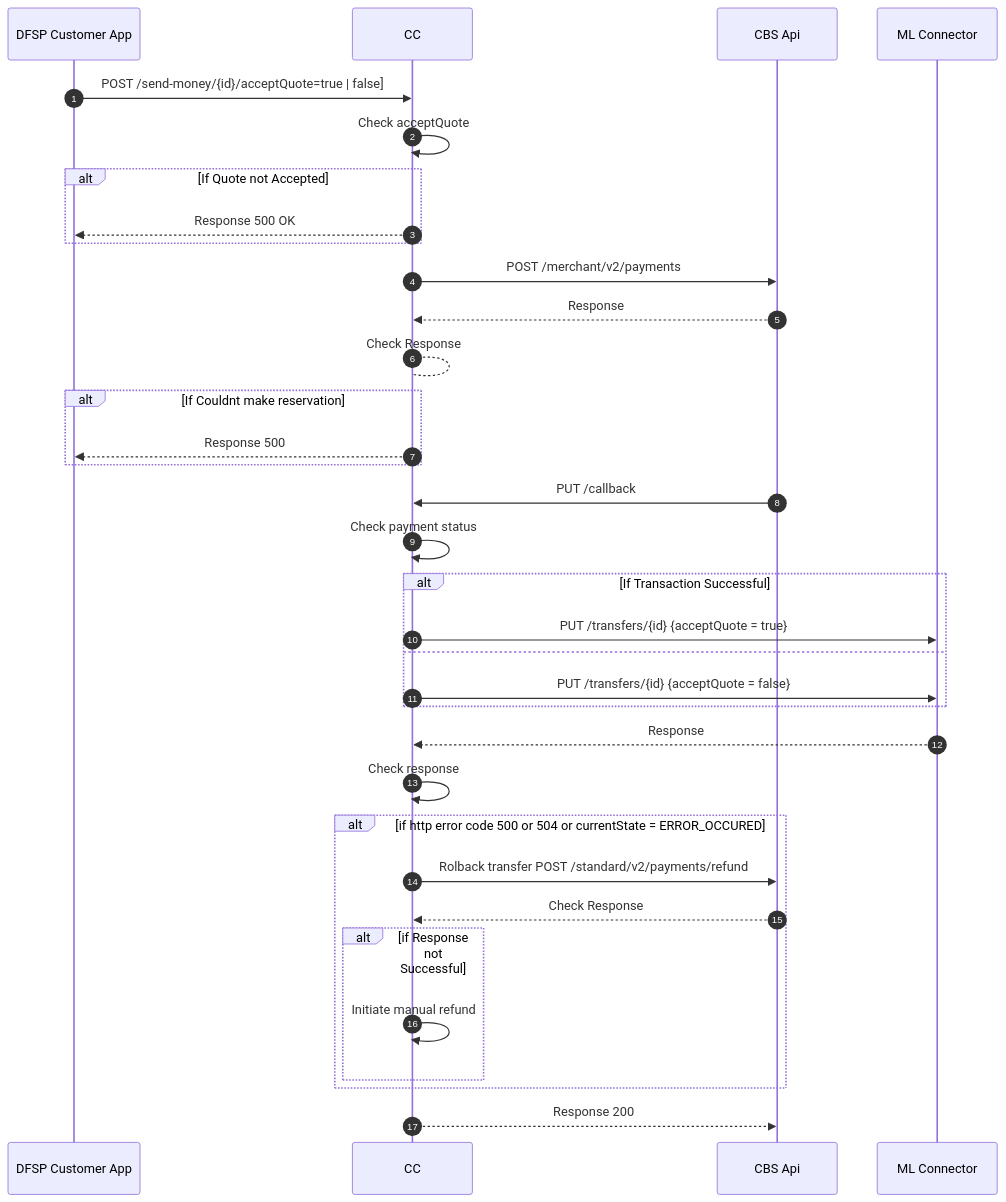
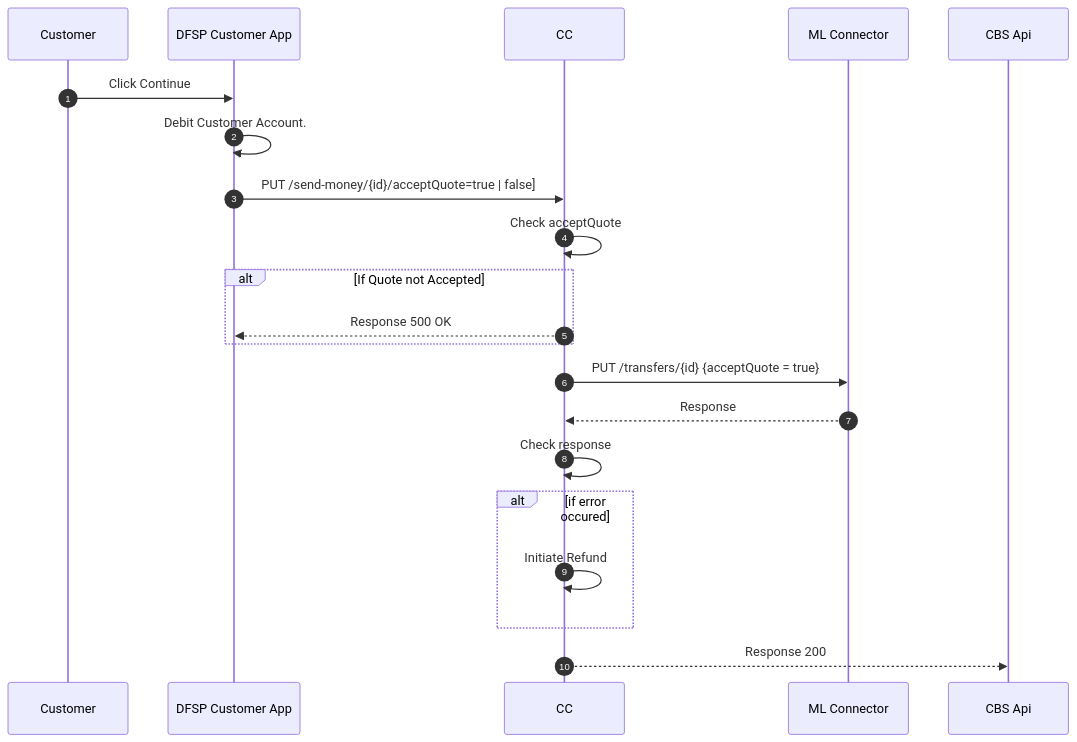
The diagram in national-bank-mw-core-connector/docs/payer-update-send-money.md (mojaloop/ml-reference-connectors), drawn with Mermaid before and after one commit. The commit also changed other lines of this file and 5 other files, not shown here.

````diff
--- a/national-bank-mw-core-connector/docs/payer-update-send-money.md
+++ b/national-bank-mw-core-connector/docs/payer-update-send-money.md
@@ -3,32 +13,18 @@
 ```mermaid
 sequenceDiagram
   autoNumber
-  DFSP Customer App->>CC: POST /send-money/{id}/acceptQuote=true | false]
+  Customer ->> DFSP Customer App: Click Continue
+  DFSP Customer App->> DFSP Customer App: Debit Customer Account.
+  DFSP Customer App->>CC: PUT /send-money/{id}/acceptQuote=true | false]
   CC->>CC: Check acceptQuote
   Alt If Quote not Accepted
   CC-->>DFSP Customer App: Response 500 OK
   End
-  CC->>CBS Api:POST /merchant/v2/payments
-  CBS Api-->>CC:Response
-  CC-->CC: Check Response
-  Alt If Couldnt make reservation
-  CC-->>DFSP Customer App: Response 500
-  End
-  CBS Api->>CC: PUT /callback
-  CC->>CC: Check payment status 
-  Alt If Transaction Successful
   CC->>ML Connector:PUT  /transfers/{id} {acceptQuote = true}
-  Else
-  CC->>ML Connector:PUT  /transfers/{id} {acceptQuote = false}
-  End
   ML Connector-->>CC: Response
   CC->>CC: Check response
-  Alt if http error code 500 or 504 or currentState = ERROR_OCCURED
-  CC->>CBS Api : Rolback transfer POST /standard/v2/payments/refund
-  CBS Api-->>CC:Check Response
-  Alt if Response not Successful
-  CC->>CC: Initiate manual refund
-  End
+  Alt if error occured
+  CC->>CC: Initiate Refund 
   End
   CC-->> CBS Api: Response 200
 ```
````
